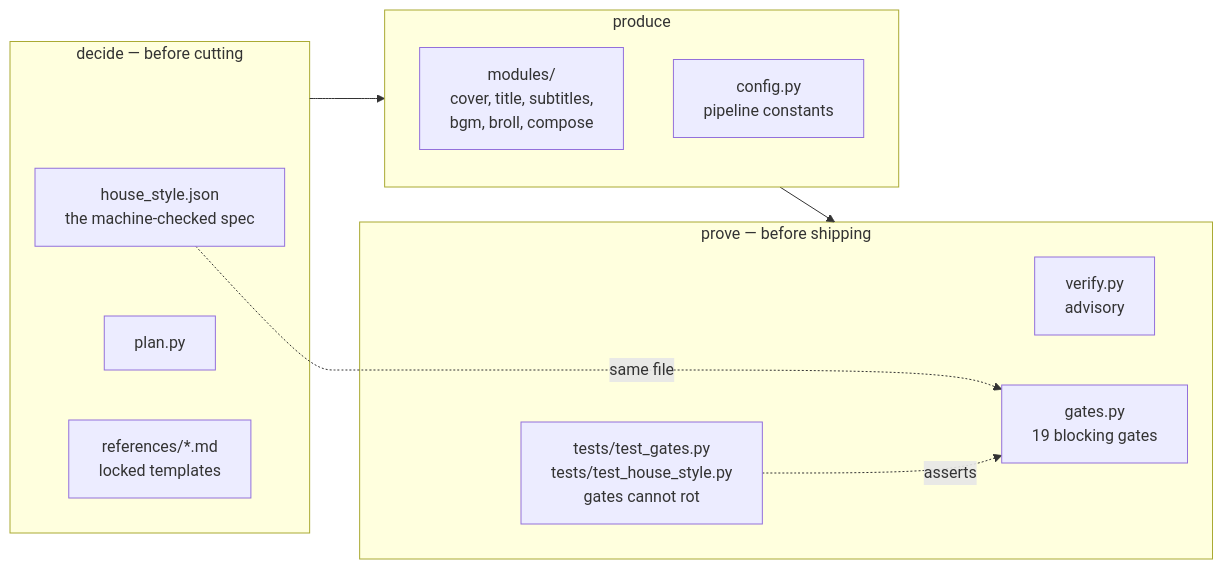
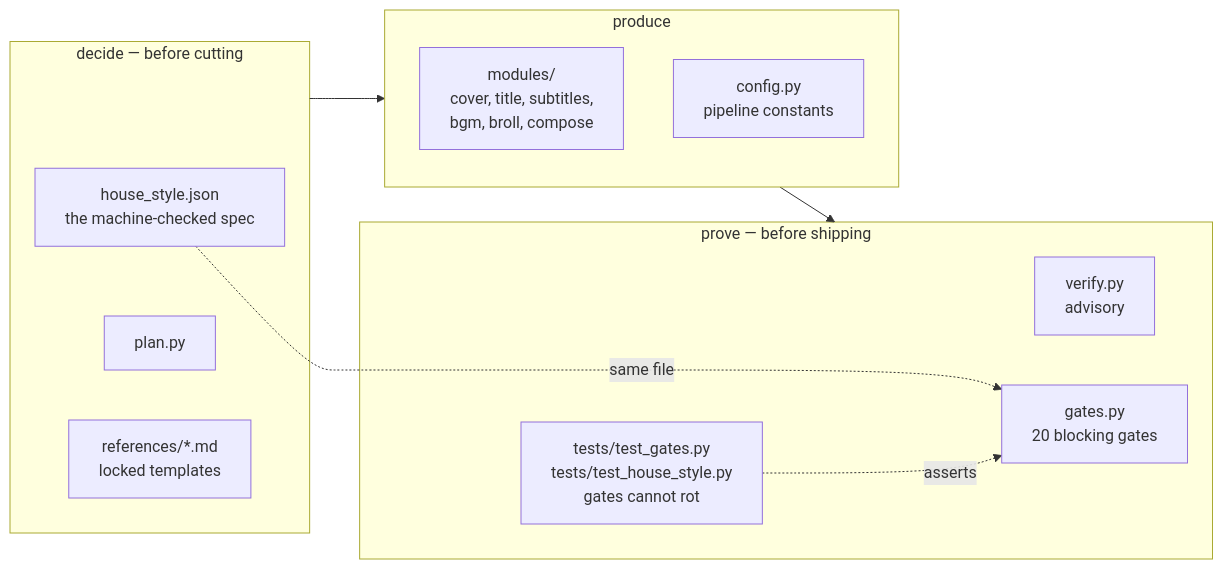
One commit to chyiiiiiiiiiiii/yiibu changed the second of 4 diagrams in skills/yiibu/ARCHITECTURE.md. Above: the diagram before and after it, drawn with Mermaid. The commit also changed other lines of this file and 17 other files, not shown here.

````diff
--- a/skills/yiibu/ARCHITECTURE.md
+++ b/skills/yiibu/ARCHITECTURE.md
@@ -92,20 +92,20 @@
 ```mermaid
 flowchart LR
     subgraph decide["decide — before cutting"]
         spec[house_style.json<br/>the machine-checked spec]
         plan[plan.py]
         refs[references/*.md<br/>locked templates]
     end
     subgraph produce["produce"]
         mods[modules/<br/>cover, title, subtitles,<br/>bgm, broll, compose]
         cfg[config.py<br/>pipeline constants]
     end
     subgraph prove["prove — before shipping"]
         verify[verify.py<br/>advisory]
-        gates[gates.py<br/>19 blocking gates]
+        gates[gates.py<br/>20 blocking gates]
         tests[tests/test_gates.py<br/>tests/test_house_style.py<br/>gates cannot rot]
     end
     decide --> produce --> prove
     spec -.same file.-> gates
     tests -.asserts.-> gates
 ```
````
